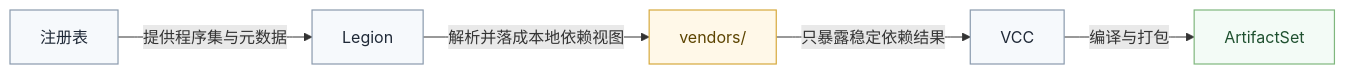
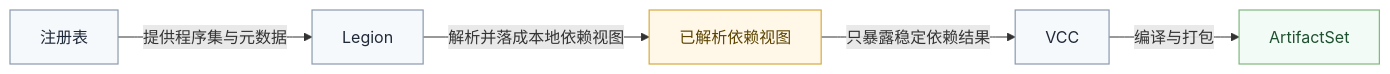
Before and after one commit to valkyrie-language/valkyrie.v: the fourth of 4 diagrams in documentation/pages/zh-hans/toolchain/legion.md, drawn with Mermaid. The commit also changed other lines of this file and 2 other files, not shown here.

````diff
--- a/documentation/pages/zh-hans/toolchain/legion.md
+++ b/documentation/pages/zh-hans/toolchain/legion.md
@@ -633,21 +638,21 @@
 ```mermaid
 flowchart LR
     Registry[注册表]
     Legion[Legion]
-    Vendors[vendors/]
+    Vendors[已解析依赖视图]
     VCC[VCC]
     ArtifactSet[ArtifactSet]
 
     Registry -->|提供程序集与元数据| Legion
     Legion -->|解析并落成本地依赖视图| Vendors
     Vendors -->|只暴露稳定依赖结果| VCC
     VCC -->|编译与打包| ArtifactSet
 
     classDef phase fill:#f6f9fc,stroke:#8a9aad,stroke-width:1.2px,color:#1f2937;
     classDef boundary fill:#fff8e8,stroke:#d6a93d,stroke-width:1.2px,color:#5c4400;
     classDef delivery fill:#f3fbf6,stroke:#7fb77e,stroke-width:1.2px,color:#1f5130;
 
     class Registry,Legion,VCC phase;
     class Vendors boundary;
     class ArtifactSet delivery;
 ```
````
